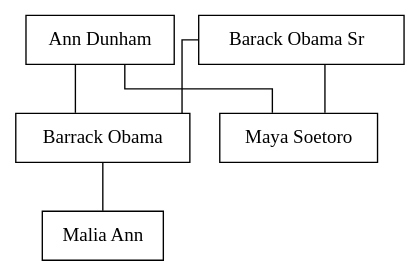
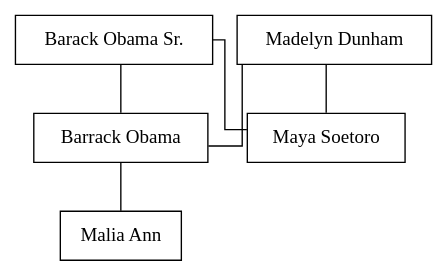
One commit to GlennOlsson/CSC482-FinalProj changed the diagram in output.dot. Above: the diagram before and after it, drawn with Graphviz. The commit also changed 5 other files, not shown here.

```diff
--- a/output.dot
+++ b/output.dot
@@ -1,16 +1,16 @@
 
 digraph
 {
 splines = ortho;
-BarrackObama7642960007456675635103460248606862376 [shape=box, label = "Barrack Obama", color = black];
-AnnDunham147181662274876588231575949850814615235 [shape=box, label = "Ann Dunham", color = black];
-MayaSoetoro217992780785044849790627102129078018602 [shape=box, label = "Maya Soetoro", color = black];
-BarackObamaSr321122117171097152210684861724223771262 [shape=box, label = "Barack Obama Sr  ", color = black];
-MaliaAnn175011048417299403921876385566799144092 [shape=box, label = "Malia Ann", color = black];
+BarrackObama185242820919437696817982698244822446587 [shape=box, label = "Barrack Obama", color = black];
+BarackObamaSr328582128750649801788122687309991595235 [shape=box, label = "Barack Obama Sr.", color = black];
+MayaSoetoro302398333111999541494532860496408940378 [shape=box, label = "Maya Soetoro", color = black];
+MadelynDunham163662805704089958918077819895618785302 [shape=box, label = "Madelyn Dunham", color = black];
+MaliaAnn303439682565647179326011096185045921656 [shape=box, label = "Malia Ann", color = black];
 
-AnnDunham147181662274876588231575949850814615235 -> MayaSoetoro217992780785044849790627102129078018602 [dir=none];
-AnnDunham147181662274876588231575949850814615235 -> BarrackObama7642960007456675635103460248606862376 [dir=none];
-BarackObamaSr321122117171097152210684861724223771262 -> MayaSoetoro217992780785044849790627102129078018602 [dir=none];
-BarrackObama7642960007456675635103460248606862376 -> MaliaAnn175011048417299403921876385566799144092 [dir=none];
-BarackObamaSr321122117171097152210684861724223771262 -> BarrackObama7642960007456675635103460248606862376 [dir=none];
+MadelynDunham163662805704089958918077819895618785302 -> BarrackObama185242820919437696817982698244822446587 [dir=none];
+BarackObamaSr328582128750649801788122687309991595235 -> BarrackObama185242820919437696817982698244822446587 [dir=none];
+BarrackObama185242820919437696817982698244822446587 -> MaliaAnn303439682565647179326011096185045921656 [dir=none];
+MadelynDunham163662805704089958918077819895618785302 -> MayaSoetoro302398333111999541494532860496408940378 [dir=none];
+BarackObamaSr328582128750649801788122687309991595235 -> MayaSoetoro302398333111999541494532860496408940378 [dir=none];
 }
```
